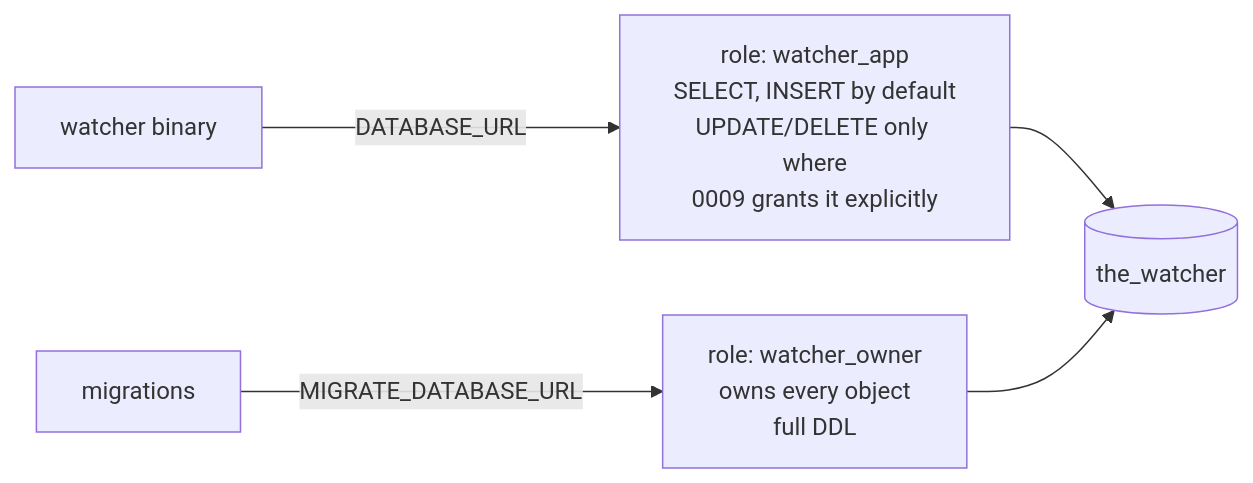
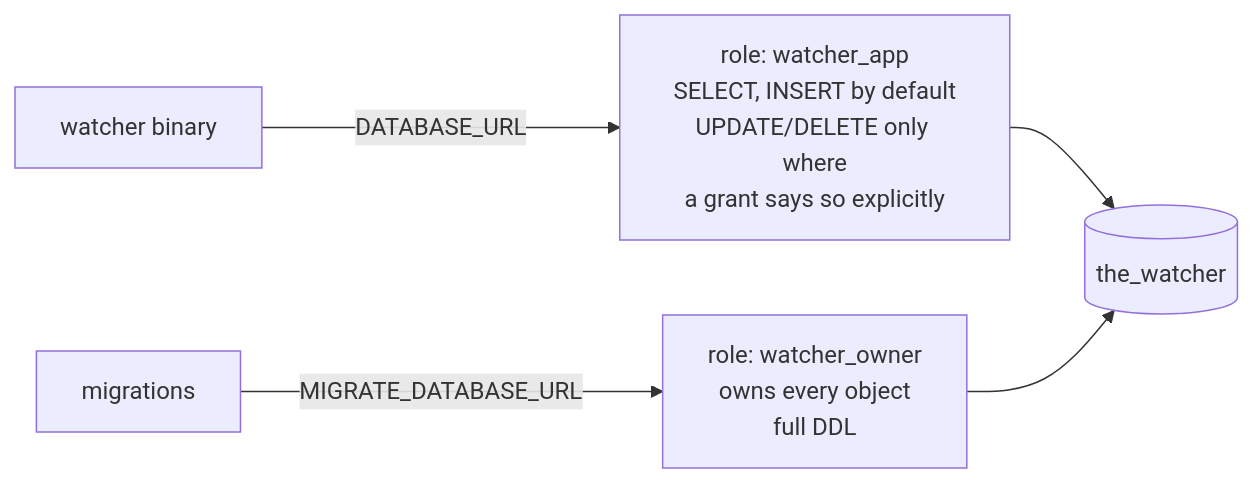
One commit to FMaged/the-watcher changed the first of 2 diagrams in doc/database.md. Above: the diagram before and after it, drawn with Mermaid. The commit also changed other lines of this file and 22 other files, not shown here.

````diff
--- a/doc/database.md
+++ b/doc/database.md
@@ -12,7 +12,7 @@
 ```mermaid
 flowchart LR
-    APP["watcher binary"] -->|"DATABASE_URL"| R1["role: watcher_app<br/>SELECT, INSERT by default<br/>UPDATE/DELETE only where<br/>0009 grants it explicitly"]
+    APP["watcher binary"] -->|"DATABASE_URL"| R1["role: watcher_app<br/>SELECT, INSERT by default<br/>UPDATE/DELETE only where<br/>a grant says so explicitly"]
     MIG["migrations"] -->|"MIGRATE_DATABASE_URL"| R2["role: watcher_owner<br/>owns every object<br/>full DDL"]
     R1 --> DB[("the_watcher")]
     R2 --> DB
 ```
````
